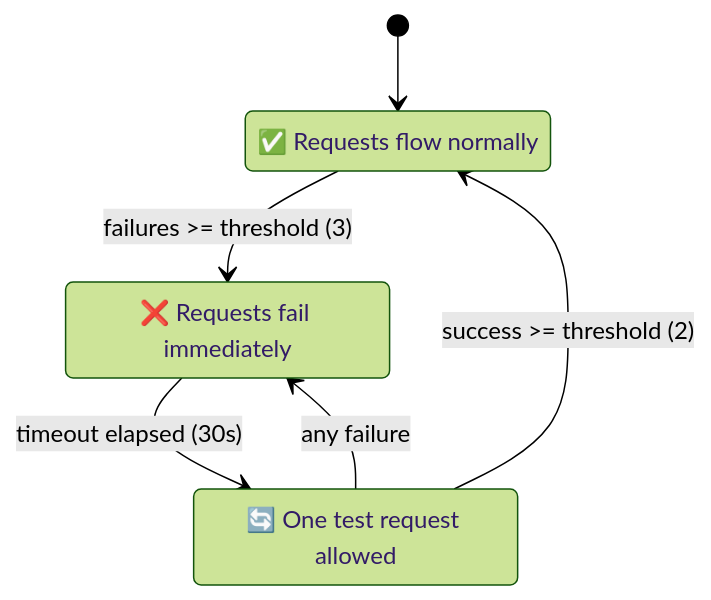
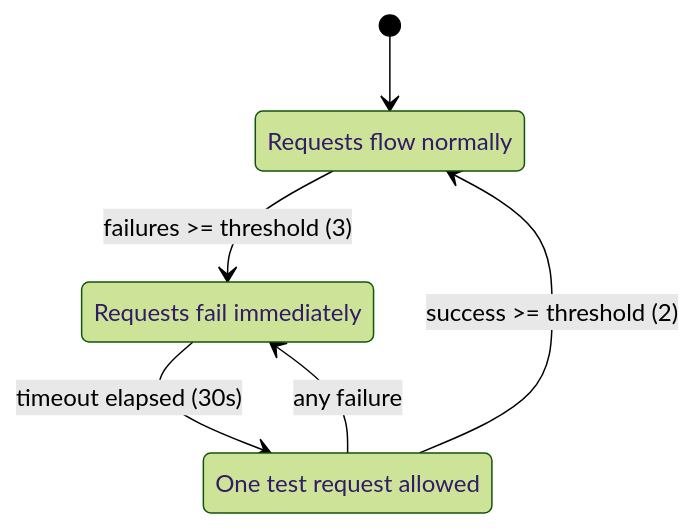
The fourth of 6 diagrams in Readme.md (Asongwelewis/Skill-Bridge), drawn with Mermaid (forest theme) before and after one commit. The commit also changed other lines of this file, not shown here.

````diff
--- a/Readme.md
+++ b/Readme.md
@@ -338,12 +338,12 @@
 ```mermaid
 stateDiagram-v2
     [*] --> CLOSED
     CLOSED --> OPEN : failures >= threshold (3)
     OPEN --> HALF_OPEN : timeout elapsed (30s)
     HALF_OPEN --> CLOSED : success >= threshold (2)
     HALF_OPEN --> OPEN : any failure
 
-    CLOSED : ✅ Requests flow normally
-    OPEN : ❌ Requests fail immediately
-    HALF_OPEN : 🔄 One test request allowed
+    CLOSED :  Requests flow normally
+    OPEN :  Requests fail immediately
+    HALF_OPEN :  One test request allowed
 ```
````
